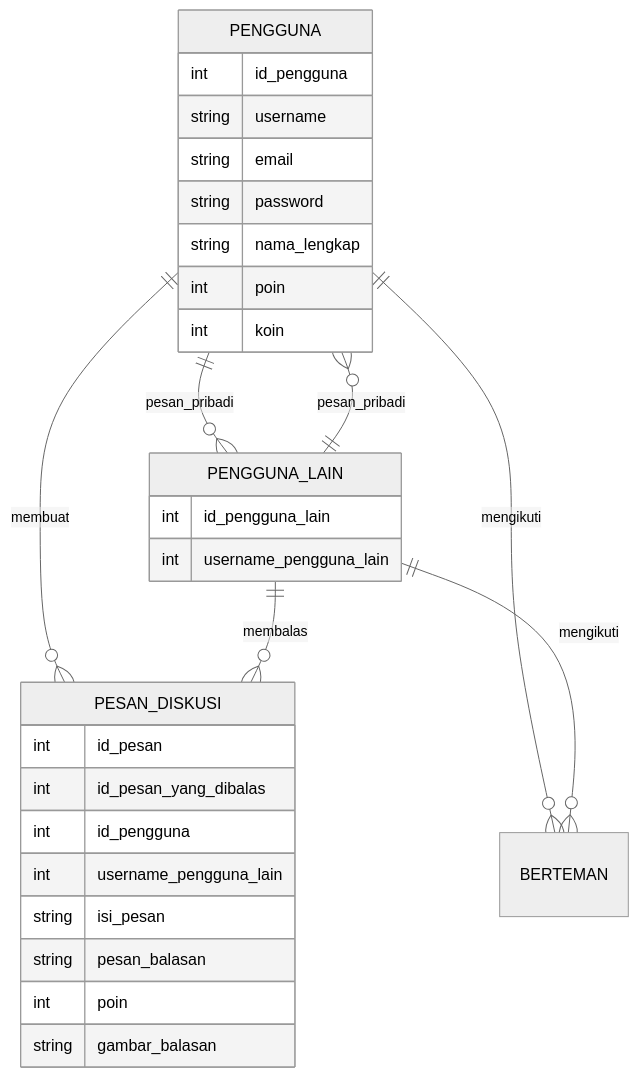
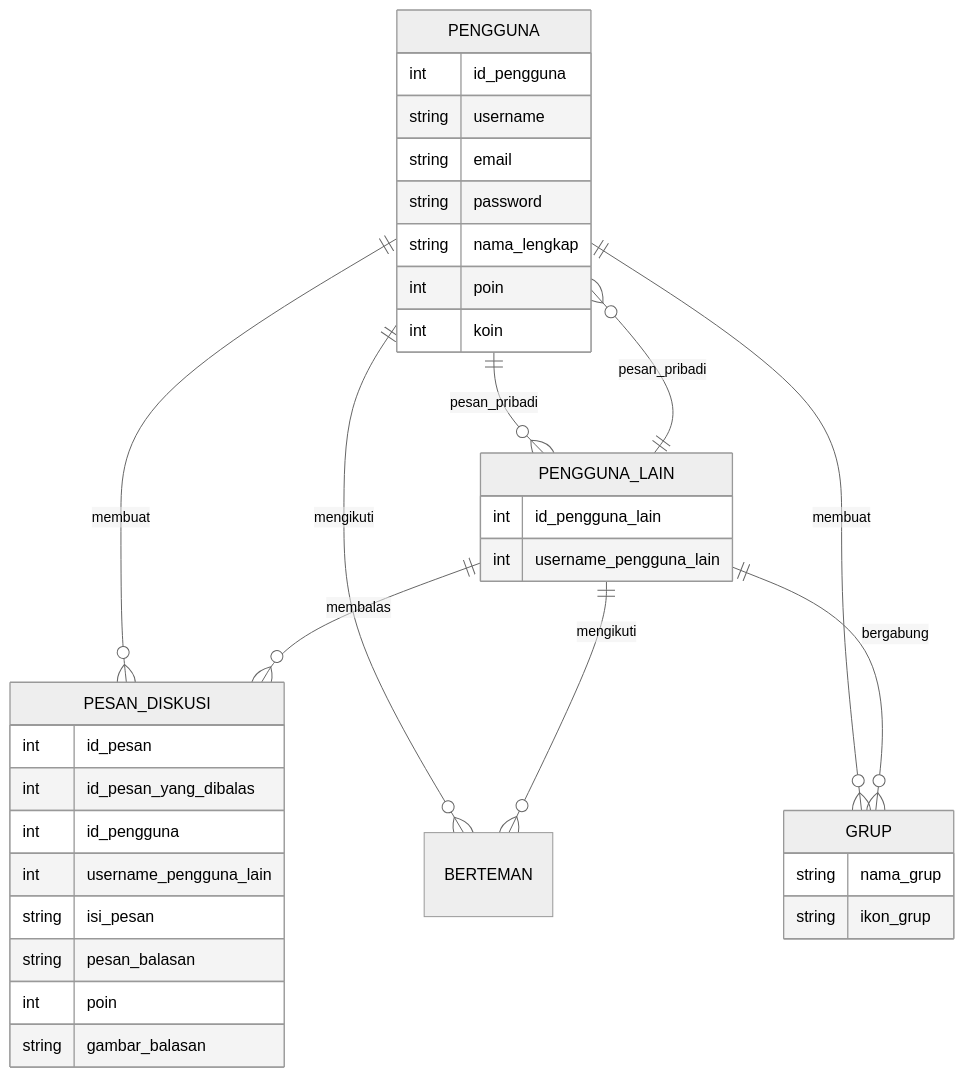
Before and after one commit to fahrizap/Kodein: the diagram in job interview.MD, drawn with Mermaid (neutral theme).

Commit message:
Update job interview.MD

````diff
--- a/job interview.MD
+++ b/job interview.MD
@@ -20,33 +20,39 @@
 ```mermaid
 erDiagram
 
   PENGGUNA {
     int id_pengguna
     string username
     string email
     string password
     string nama_lengkap
     int poin
     int koin
   }
   PENGGUNA ||--o{ PESAN_DISKUSI : membuat
   PENGGUNA ||--o{ BERTEMAN : mengikuti
   PENGGUNA ||--o{ PENGGUNA_LAIN : pesan_pribadi
+  PENGGUNA ||--o{ GRUP : membuat
   PESAN_DISKUSI {
     int id_pesan
     int id_pesan_yang_dibalas
     int id_pengguna 
     int username_pengguna_lain
     string isi_pesan
     string pesan_balasan
     int poin
     string gambar_balasan
   }
   PENGGUNA_LAIN {
     int id_pengguna_lain
     int username_pengguna_lain
   }
   PENGGUNA_LAIN ||--o{ PESAN_DISKUSI : membalas
   PENGGUNA_LAIN ||--o{ BERTEMAN : mengikuti
   PENGGUNA_LAIN ||--o{ PENGGUNA : pesan_pribadi
+  PENGGUNA_LAIN ||--o{ GRUP : bergabung
+  GRUP {
+  string nama_grup
+  string ikon_grup
+  }
 ```
````
